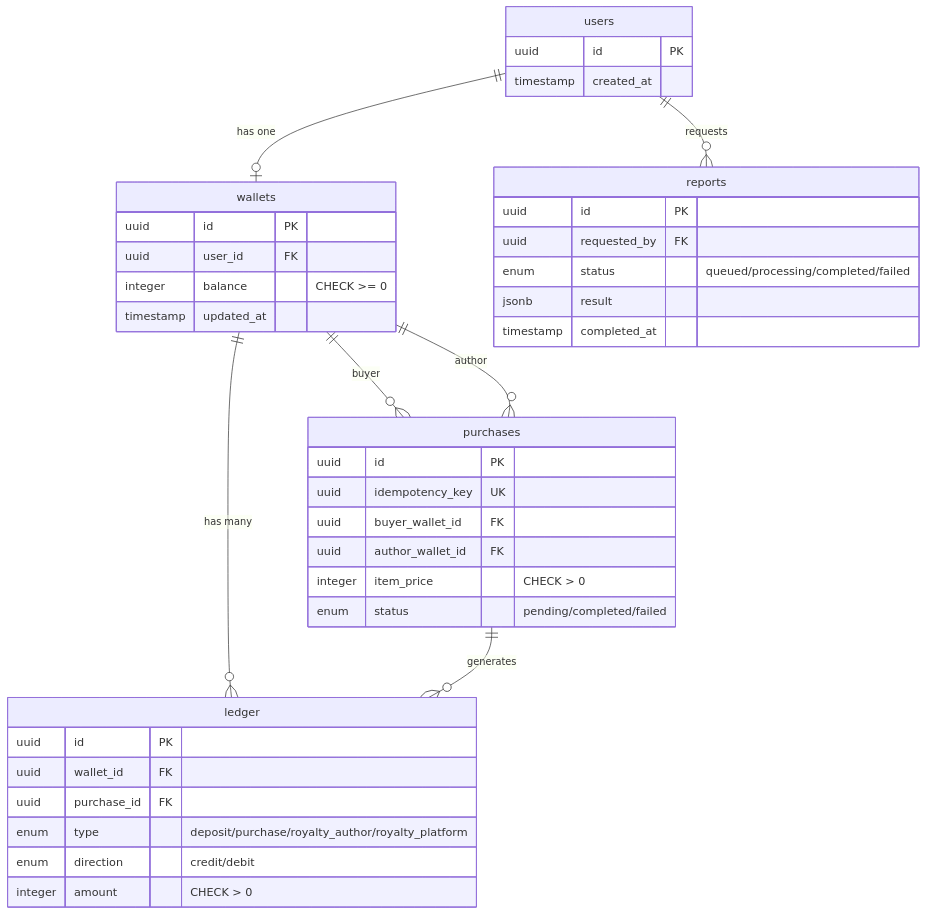
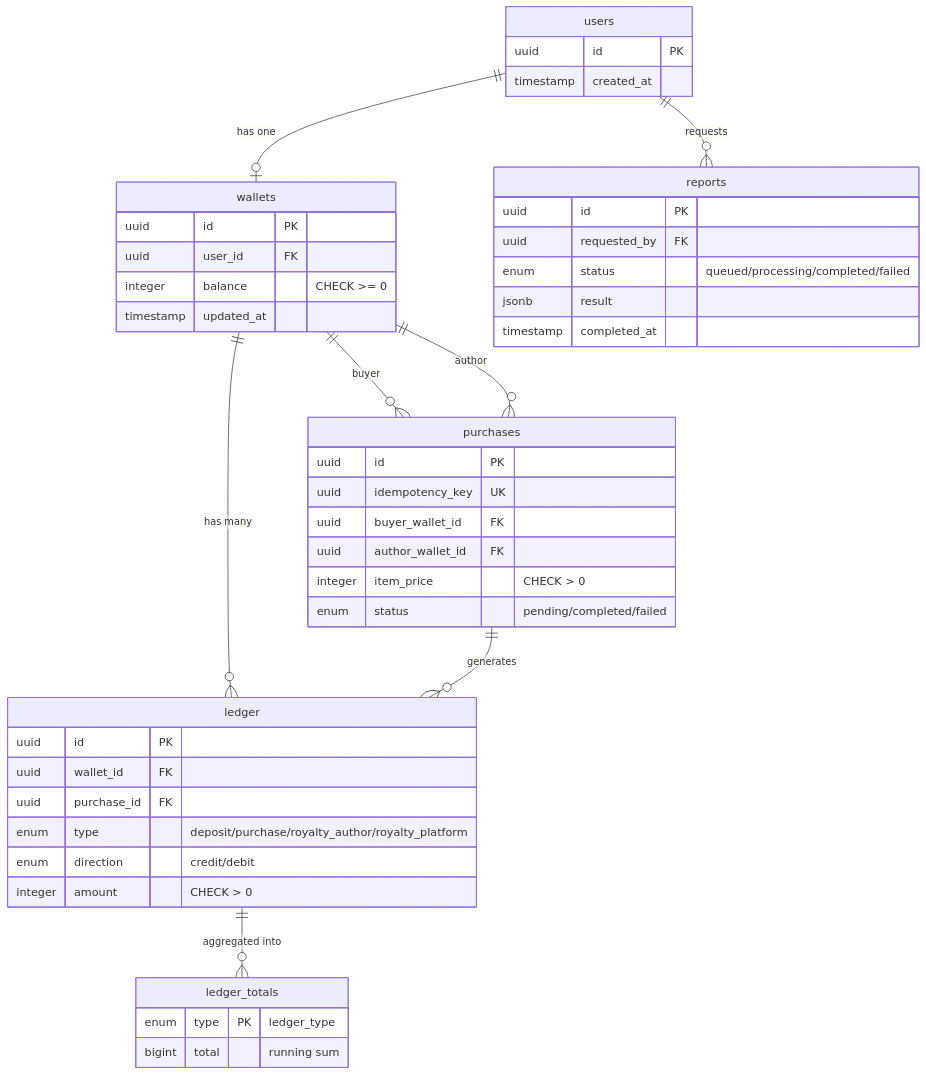
The second of 2 diagrams in docs/architecture.md (0-sayed/wallet), drawn with Mermaid before and after one commit. The commit also changed other lines of this file and 5 other files, not shown here.

Commit message:
docs: add ADR-008/009/010 and update architecture docs for scale improvements

````diff
--- a/docs/architecture.md
+++ b/docs/architecture.md
@@ -41,47 +42,54 @@
 ```mermaid
 erDiagram
     users ||--o| wallets : "has one"
     wallets ||--o{ ledger : "has many"
     wallets ||--o{ purchases : "buyer"
     wallets ||--o{ purchases : "author"
     purchases ||--o{ ledger : "generates"
     users ||--o{ reports : "requests"
 
     users {
         uuid id PK
         timestamp created_at
     }
 
     wallets {
         uuid id PK
         uuid user_id FK
         integer balance "CHECK >= 0"
         timestamp updated_at
     }
 
     purchases {
         uuid id PK
         uuid idempotency_key UK
         uuid buyer_wallet_id FK
         uuid author_wallet_id FK
         integer item_price "CHECK > 0"
         enum status "pending/completed/failed"
     }
 
     ledger {
         uuid id PK
         uuid wallet_id FK
         uuid purchase_id FK
         enum type "deposit/purchase/royalty_author/royalty_platform"
         enum direction "credit/debit"
         integer amount "CHECK > 0"
     }
 
     reports {
         uuid id PK
         uuid requested_by FK
         enum status "queued/processing/completed/failed"
         jsonb result
         timestamp completed_at
     }
+
+    ledger_totals {
+        enum type PK "ledger_type"
+        bigint total "running sum"
+    }
+
+    ledger ||--o{ ledger_totals : "aggregated into"
 ```
````
